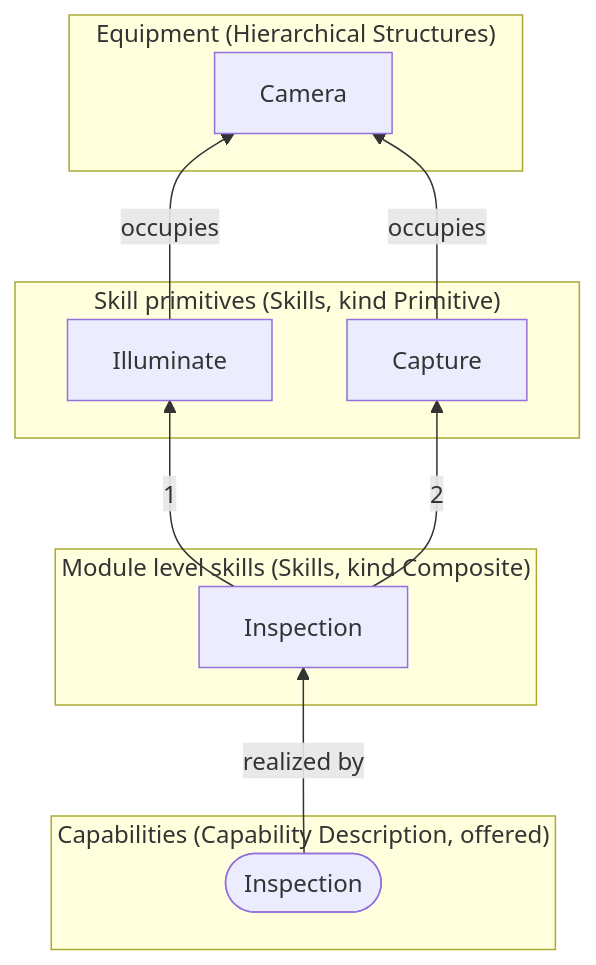
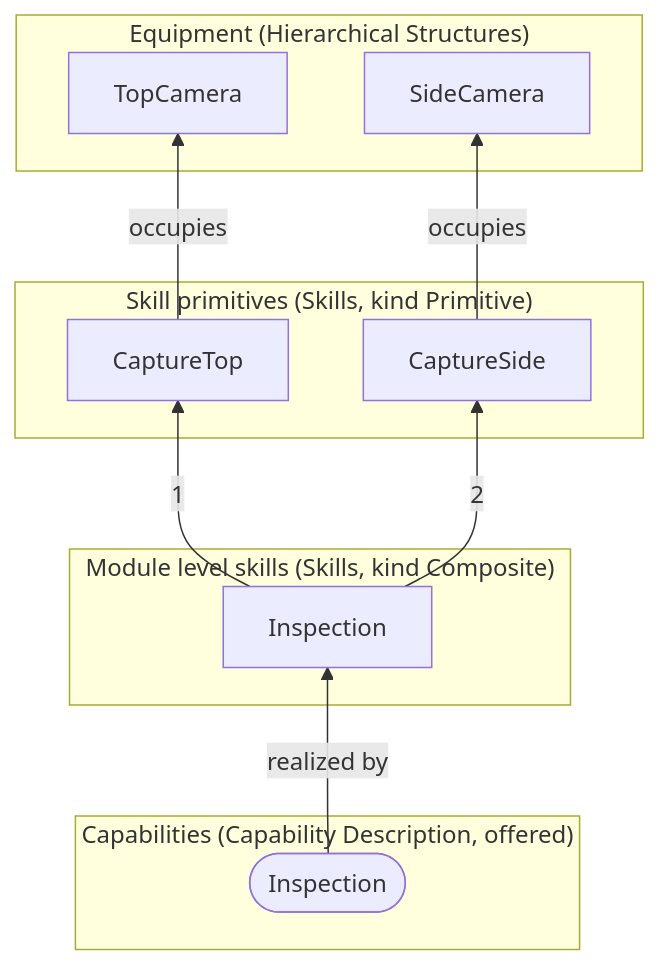
Before and after one commit to AAUSmartProductionLab/iec61499-mgmt-py: the seventh of 8 diagrams in docs/aas-examples.md, drawn with Mermaid. The commit also changed other lines of this file and 2 other files, not shown here.

Commit message:
Docs: the line's modules and components, the stoppering module

````diff
--- a/docs/aas-examples.md
+++ b/docs/aas-examples.md
@@ -493,21 +482,22 @@
 ```mermaid
 flowchart BT
   subgraph EQ_InspectionModuleAAS["Equipment (Hierarchical Structures)"]
-    InspectionModuleAASCamera["Camera"]
+    InspectionModuleAASTopCamera["TopCamera"]
+    InspectionModuleAASSideCamera["SideCamera"]
   end
   subgraph PR_InspectionModuleAAS["Skill primitives (Skills, kind Primitive)"]
-    InspectionModuleAASIlluminate["Illuminate"]
-    InspectionModuleAASCapture["Capture"]
+    InspectionModuleAASCaptureTop["CaptureTop"]
+    InspectionModuleAASCaptureSide["CaptureSide"]
   end
   subgraph CO_InspectionModuleAAS["Module level skills (Skills, kind Composite)"]
     InspectionModuleAASInspection["Inspection"]
   end
   subgraph CA_InspectionModuleAAS["Capabilities (Capability Description, offered)"]
     InspectionModuleAAScapInspection(["Inspection"])
   end
-  InspectionModuleAASIlluminate -- occupies --> InspectionModuleAASCamera
-  InspectionModuleAASCapture -- occupies --> InspectionModuleAASCamera
-  InspectionModuleAASInspection -- "1" --> InspectionModuleAASIlluminate
-  InspectionModuleAASInspection -- "2" --> InspectionModuleAASCapture
+  InspectionModuleAASCaptureTop -- occupies --> InspectionModuleAASTopCamera
+  InspectionModuleAASCaptureSide -- occupies --> InspectionModuleAASSideCamera
+  InspectionModuleAASInspection -- "1" --> InspectionModuleAASCaptureTop
+  InspectionModuleAASInspection -- "2" --> InspectionModuleAASCaptureSide
   InspectionModuleAAScapInspection -- realized by --> InspectionModuleAASInspection
 ```
````
